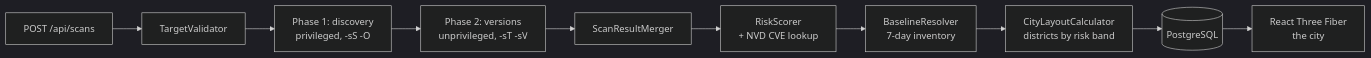
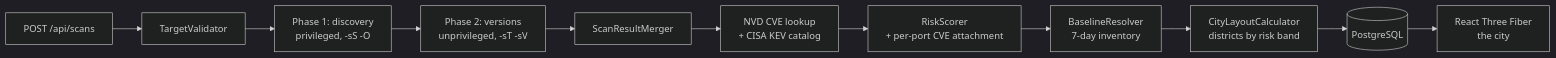
Before and after one commit to brunovieira88/PortScape: the diagram in README.md, drawn with Mermaid (dark theme). The commit also changed other lines of this file, not shown here.

Commit message:
feat: enhance README with detailed CVE information and KEV catalog integration

````diff
--- a/README.md
+++ b/README.md
@@ -170,12 +173,13 @@
 ```mermaid
 flowchart LR
     A[POST /api/scans] --> B[TargetValidator]
     B --> C[Phase 1: discovery<br/>privileged, -sS -O]
     C --> D[Phase 2: versions<br/>unprivileged, -sT -sV]
     D --> E[ScanResultMerger]
-    E --> F[RiskScorer<br/>+ NVD CVE lookup]
-    F --> G[BaselineResolver<br/>7-day inventory]
-    G --> H[CityLayoutCalculator<br/>districts by risk band]
+    E --> F[NVD CVE lookup<br/>+ CISA KEV catalog]
+    F --> G[RiskScorer<br/>+ per-port CVE attachment]
+    G --> G2[BaselineResolver<br/>7-day inventory]
+    G2 --> H[CityLayoutCalculator<br/>districts by risk band]
     H --> I[(PostgreSQL)]
     I --> J[React Three Fiber<br/>the city]
 ```
````
